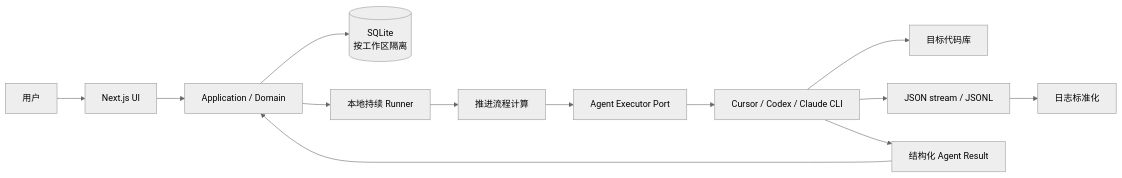
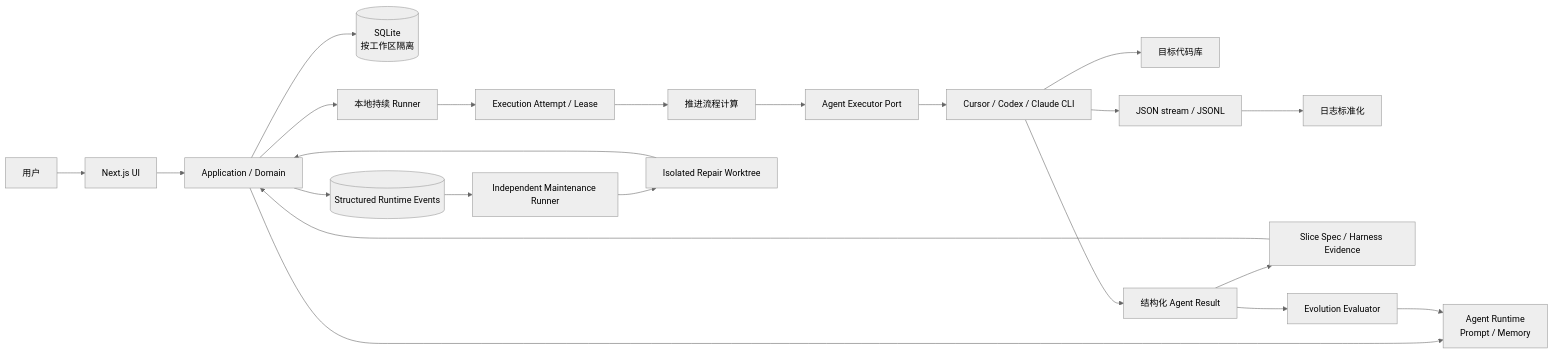
Before and after one commit to InspireChina/ai4se-loop-workflow: the diagram in docs/v1-technical-solution.md, drawn with Mermaid (neutral theme). The commit also changed other lines of this file and 45 other files, not shown here.

````diff
--- a/docs/v1-technical-solution.md
+++ b/docs/v1-technical-solution.md
@@ -26,15 +26,24 @@
 ```mermaid
 flowchart LR
   User["用户"] --> UI["Next.js UI"]
   UI --> App["Application / Domain"]
   App --> DB[("SQLite\n按工作区隔离")]
+  App --> Profiles["Agent Runtime\nPrompt / Memory"]
   App --> Runner["本地持续 Runner"]
-  Runner --> Flow["推进流程计算"]
+  Runner --> Attempt["Execution Attempt / Lease"]
+  Attempt --> Flow["推进流程计算"]
   Flow --> Executor["Agent Executor Port"]
   Executor --> CLI["Cursor / Codex / Claude CLI"]
   CLI --> Repo["目标代码库"]
   CLI --> Stream["JSON stream / JSONL"]
   Stream --> Logs["日志标准化"]
   CLI --> Result["结构化 Agent Result"]
-  Result --> App
+  Result --> Harness["Slice Spec / Harness Evidence"]
+  Harness --> App
+  Result --> Evolution["Evolution Evaluator"]
+  Evolution --> Profiles
+  App --> Events[("Structured Runtime Events")]
+  Events --> Maintenance["Independent Maintenance Runner"]
+  Maintenance --> Repair["Isolated Repair Worktree"]
+  Repair --> App
 ```
````
